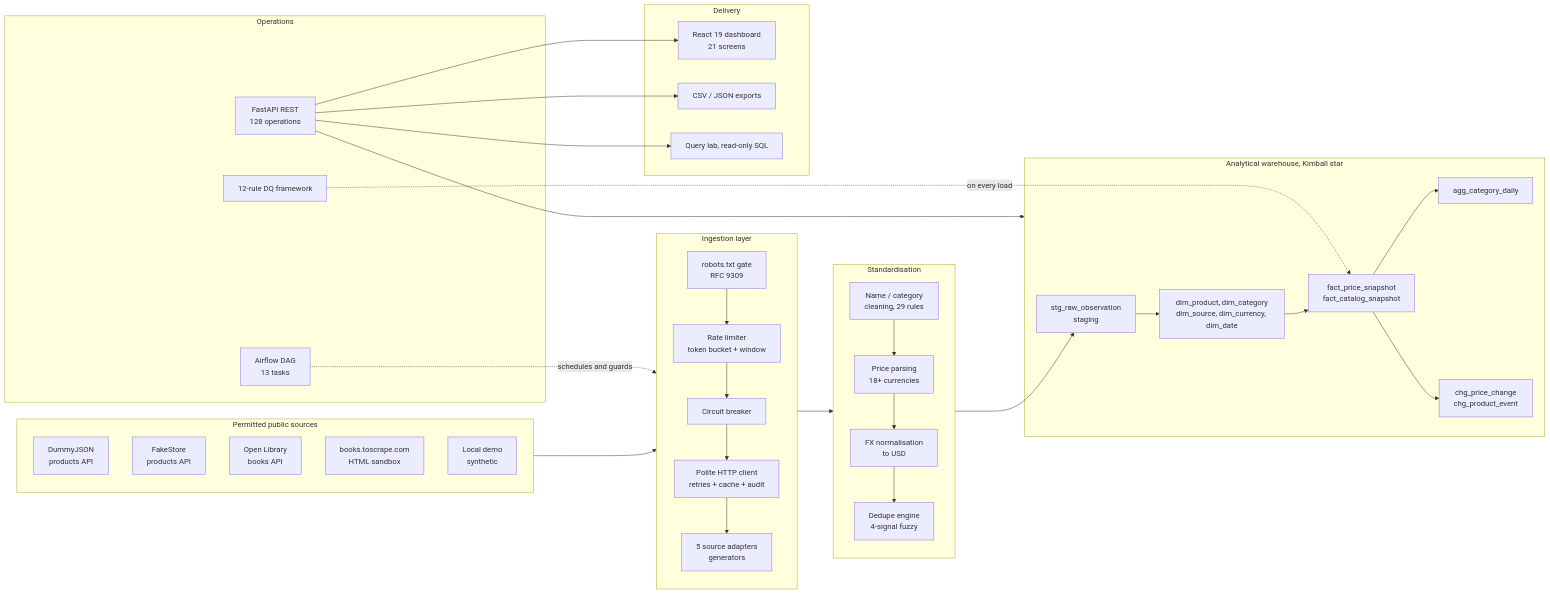
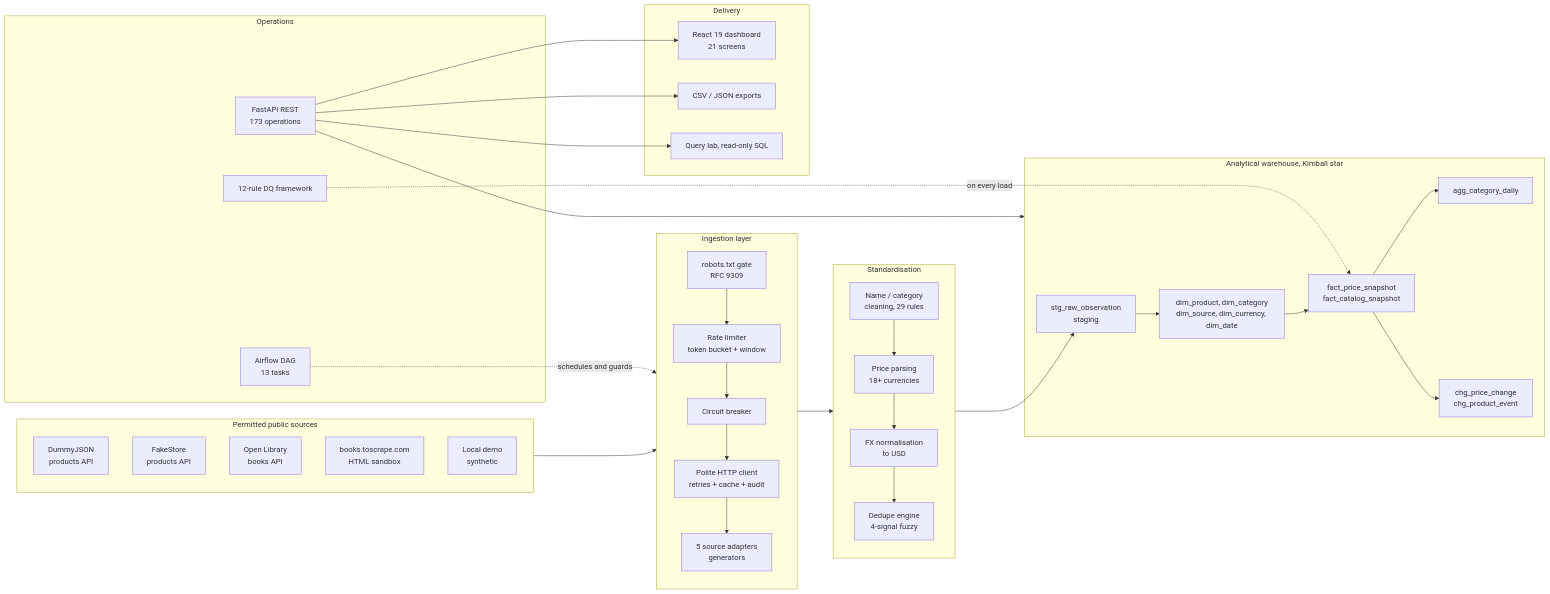
Before and after one commit to Ahmedbakr78/Web-to-Warehouse-Product-Intelligence-Pipeline: the first of 15 diagrams in README.md, drawn with Mermaid. The commit also changed other lines of this file and 18 other files, not shown here.

````diff
--- a/README.md
+++ b/README.md
@@ -275,55 +275,55 @@
 ```mermaid
 flowchart LR
     subgraph Sources["Permitted public sources"]
         A1["DummyJSON<br/>products API"]
         A2["FakeStore<br/>products API"]
         A3["Open Library<br/>books API"]
         A4["books.toscrape.com<br/>HTML sandbox"]
         A5["Local demo<br/>synthetic"]
     end
 
     subgraph Ingest["Ingestion layer"]
         direction TB
         R["robots.txt gate<br/>RFC 9309"]
         RL["Rate limiter<br/>token bucket + window"]
         CB["Circuit breaker"]
         HC["Polite HTTP client<br/>retries + cache + audit"]
         S["5 source adapters<br/>generators"]
         R --> RL --> CB --> HC --> S
     end
 
     subgraph Clean["Standardisation"]
         C1["Name / category<br/>cleaning, 29 rules"]
         C2["Price parsing<br/>18+ currencies"]
         C3["FX normalisation<br/>to USD"]
         DD["Dedupe engine<br/>4-signal fuzzy"]
         C1 --> C2 --> C3 --> DD
     end
 
     subgraph Wh["Analytical warehouse, Kimball star"]
         STG["stg_raw_observation<br/>staging"]
         DIM["dim_product, dim_category<br/>dim_source, dim_currency, dim_date"]
         FACT["fact_price_snapshot<br/>fact_catalog_snapshot"]
         AGG["agg_category_daily"]
         CHG["chg_price_change<br/>chg_product_event"]
         STG --> DIM --> FACT --> AGG & CHG
     end
 
     subgraph Ops["Operations"]
         AF["Airflow DAG<br/>13 tasks"]
-        API["FastAPI REST<br/>128 operations"]
+        API["FastAPI REST<br/>173 operations"]
         DQ["12-rule DQ framework"]
     end
 
     subgraph UI["Delivery"]
         RE["React 19 dashboard<br/>21 screens"]
         EXP["CSV / JSON exports"]
         QL["Query lab, read-only SQL"]
     end
 
     Sources --> Ingest --> Clean --> STG
     AF -.schedules and guards.-> Ingest
     API --> Wh
     API --> RE & EXP & QL
     DQ -.on every load.-> FACT
 ```
````
